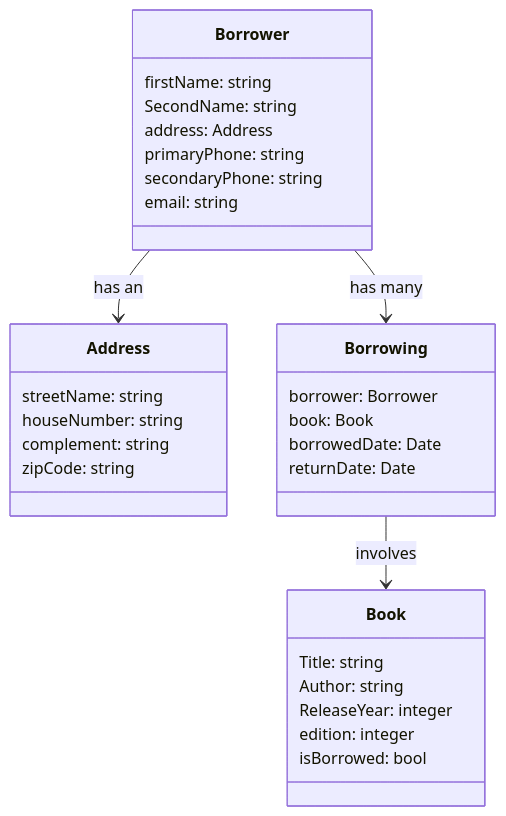
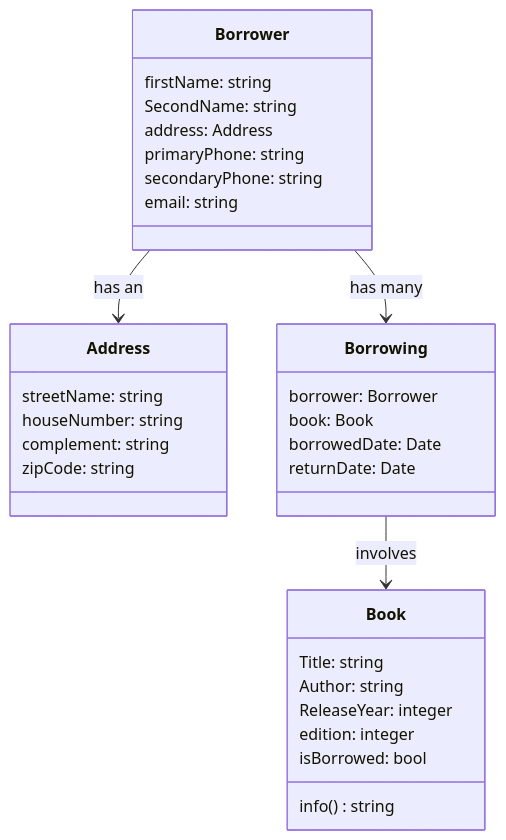
Before and after one commit to Diolemos/libraryAPI: the diagram in readme.md, drawn with Mermaid.

Commit message:
update readme.md This updates  the Book oject in the  mermaid diagram.

````diff
--- a/readme.md
+++ b/readme.md
@@ -20,37 +20,38 @@
 ```mermaid
 classDiagram
     class Book {
         Title: string
         Author: string
         ReleaseYear: integer
         edition: integer
         isBorrowed: bool
+        info() string
     }
     
     class Borrower {
         firstName: string
         SecondName: string
         address: Address
         primaryPhone: string
         secondaryPhone: string
         email: string
     }
 
     class Address {
         streetName: string
         houseNumber: string
         complement: string
         zipCode: string
     }
 
     class Borrowing {
         borrower: Borrower
         book: Book
         borrowedDate: Date
         returnDate: Date
     }
 
     Borrower --> Address : has an
     Borrower --> Borrowing : has many
     Borrowing --> Book : involves
 ```
````
